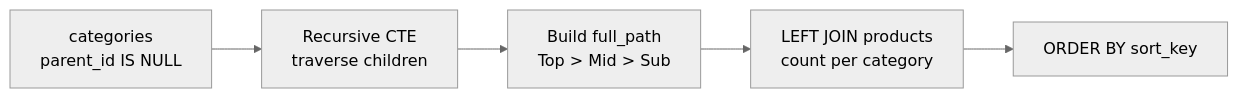
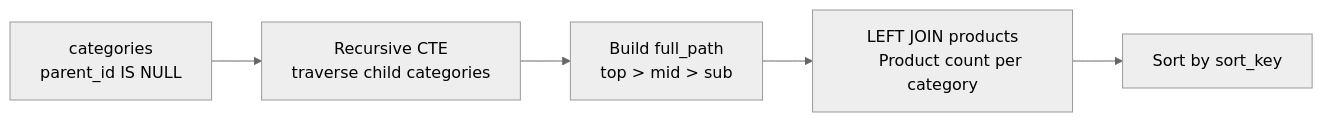
Before and after one commit to civilian7/sql-tutorial: the second of 18 diagrams in docs/en/schema/views.md, drawn with Mermaid (neutral theme). The commit also changed other lines of this file and 121 other files, not shown here.

````diff
--- a/docs/en/schema/views.md
+++ b/docs/en/schema/views.md
@@ -132,11 +147,11 @@
 ```mermaid
 flowchart LR
     A["categories
     parent_id IS NULL"] --> B["Recursive CTE
-    traverse children"]
+    traverse child categories"]
     B --> C["Build full_path
-    Top > Mid > Sub"]
+    top > mid > sub"]
     C --> D["LEFT JOIN products
-    count per category"]
-    D --> E["ORDER BY sort_key"]
+    Product count per category"]
+    D --> E["Sort by sort_key"]
 ```
````
